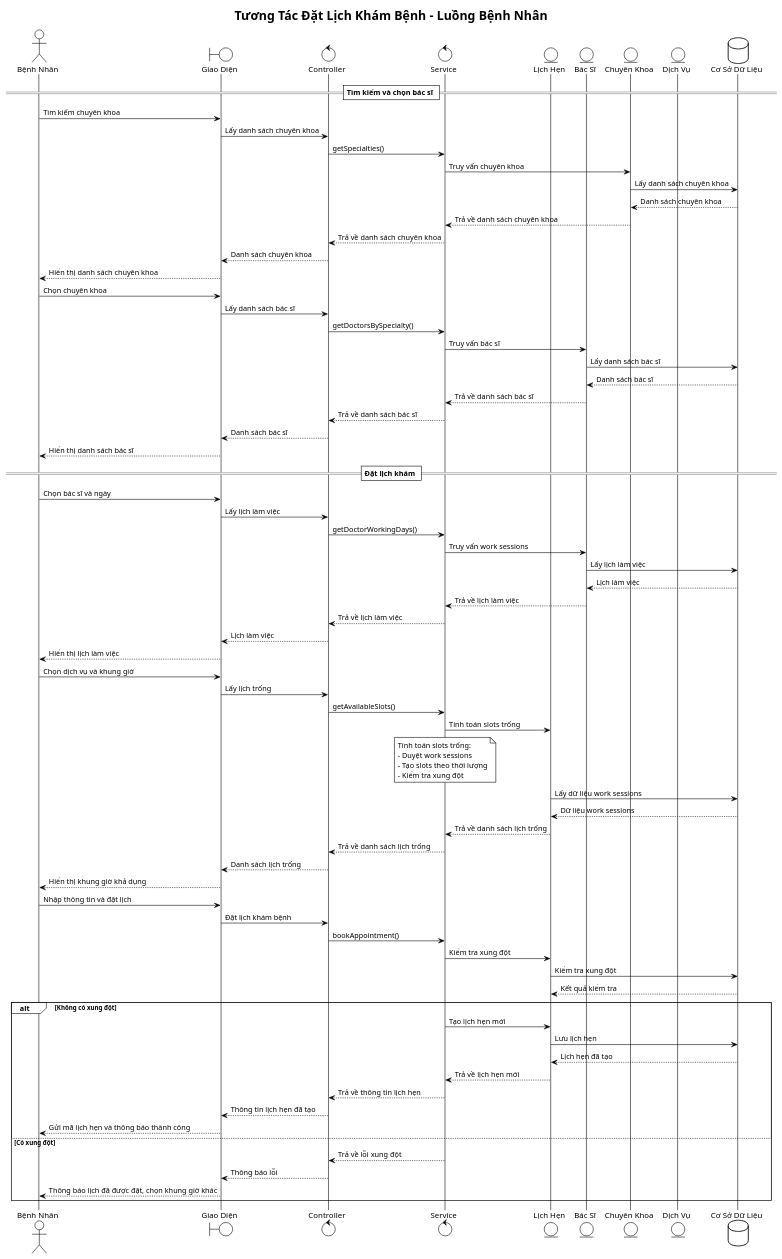
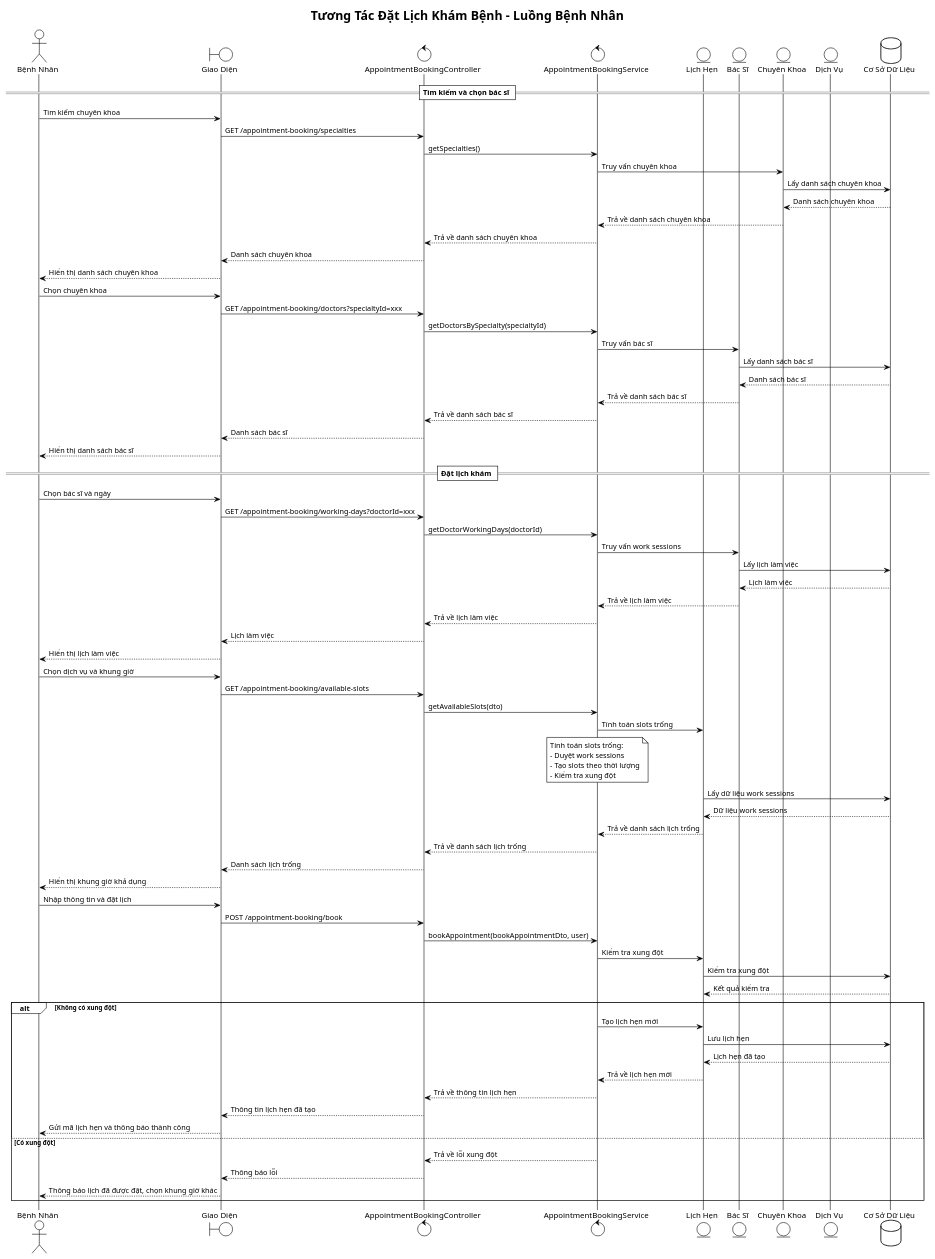
One commit to iamKhang/revita-be changed the diagram in docs/appointment-booking-patient-sequence.puml. Above: the diagram before and after it, drawn with PlantUML. The commit also changed 7 other files, not shown here.

Commit message:
Update sequence diagram

```diff
--- a/docs/appointment-booking-patient-sequence.puml
+++ b/docs/appointment-booking-patient-sequence.puml
@@ -1,90 +1,90 @@
 @startuml Appointment Booking - Patient Sequence Diagram
 !theme plain
 title Tương Tác Đặt Lịch Khám Bệnh - Luồng Bệnh Nhân
 
 actor "Bệnh Nhân" as P
 boundary "Giao Diện" as F
-control "Controller" as C
-control "Service" as S
+control "AppointmentBookingController" as C
+control "AppointmentBookingService" as S
 entity "Lịch Hẹn" as A
 entity "Bác Sĩ" as D
 entity "Chuyên Khoa" as SP
 entity "Dịch Vụ" as SV
 database "Cơ Sở Dữ Liệu" as DB
 
 == Tìm kiếm và chọn bác sĩ ==
 
 P -> F: Tìm kiếm chuyên khoa
-F -> C: Lấy danh sách chuyên khoa
+F -> C: GET /appointment-booking/specialties
 C -> S: getSpecialties()
 S -> SP: Truy vấn chuyên khoa
 SP -> DB: Lấy danh sách chuyên khoa
 DB --> SP: Danh sách chuyên khoa
 SP --> S: Trả về danh sách chuyên khoa
 S --> C: Trả về danh sách chuyên khoa
 C --> F: Danh sách chuyên khoa
 F --> P: Hiển thị danh sách chuyên khoa
 
 P -> F: Chọn chuyên khoa
-F -> C: Lấy danh sách bác sĩ
-C -> S: getDoctorsBySpecialty()
+F -> C: GET /appointment-booking/doctors?specialtyId=xxx
+C -> S: getDoctorsBySpecialty(specialtyId)
 S -> D: Truy vấn bác sĩ
 D -> DB: Lấy danh sách bác sĩ
 DB --> D: Danh sách bác sĩ
 D --> S: Trả về danh sách bác sĩ
 S --> C: Trả về danh sách bác sĩ
 C --> F: Danh sách bác sĩ
 F --> P: Hiển thị danh sách bác sĩ
 
 == Đặt lịch khám ==
 
 P -> F: Chọn bác sĩ và ngày
-F -> C: Lấy lịch làm việc
-C -> S: getDoctorWorkingDays()
+F -> C: GET /appointment-booking/working-days?doctorId=xxx
+C -> S: getDoctorWorkingDays(doctorId)
 S -> D: Truy vấn work sessions
 D -> DB: Lấy lịch làm việc
 DB --> D: Lịch làm việc
 D --> S: Trả về lịch làm việc
 S --> C: Trả về lịch làm việc
 C --> F: Lịch làm việc
 F --> P: Hiển thị lịch làm việc
 
 P -> F: Chọn dịch vụ và khung giờ
-F -> C: Lấy lịch trống
-C -> S: getAvailableSlots()
+F -> C: GET /appointment-booking/available-slots
+C -> S: getAvailableSlots(dto)
 S -> A: Tính toán slots trống
 
 note over S: Tính toán slots trống:\n- Duyệt work sessions\n- Tạo slots theo thời lượng\n- Kiểm tra xung đột
 
 A -> DB: Lấy dữ liệu work sessions
 DB --> A: Dữ liệu work sessions
 A --> S: Trả về danh sách lịch trống
 S --> C: Trả về danh sách lịch trống
 C --> F: Danh sách lịch trống
 F --> P: Hiển thị khung giờ khả dụng
 
 P -> F: Nhập thông tin và đặt lịch
-F -> C: Đặt lịch khám bệnh
-C -> S: bookAppointment()
+F -> C: POST /appointment-booking/book
+C -> S: bookAppointment(bookAppointmentDto, user)
 
 S -> A: Kiểm tra xung đột
 A -> DB: Kiểm tra xung đột
 DB --> A: Kết quả kiểm tra
 
 alt Không có xung đột
   S -> A: Tạo lịch hẹn mới
   A -> DB: Lưu lịch hẹn
   DB --> A: Lịch hẹn đã tạo
   
   A --> S: Trả về lịch hẹn mới
   S --> C: Trả về thông tin lịch hẹn
   C --> F: Thông tin lịch hẹn đã tạo
   F --> P: Gửi mã lịch hẹn và thông báo thành công
   
 else Có xung đột
   S --> C: Trả về lỗi xung đột
   C --> F: Thông báo lỗi
   F --> P: Thông báo lịch đã được đặt, chọn khung giờ khác
 end
 
 @enduml
```
